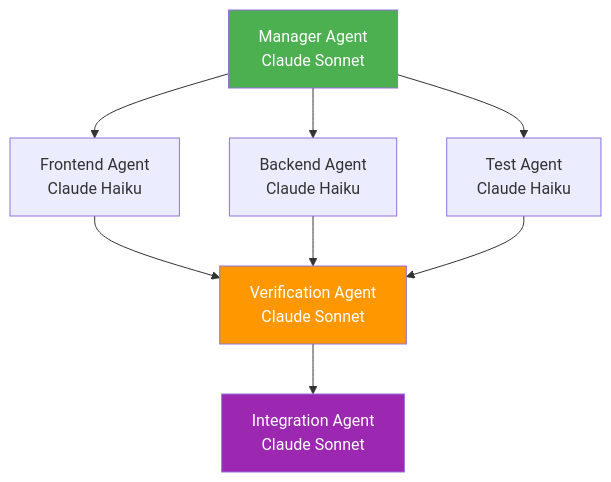
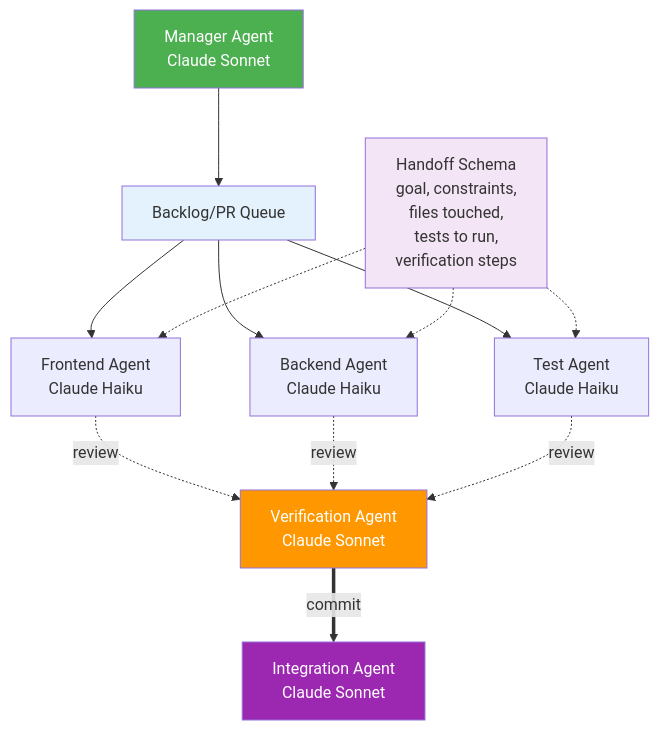
One commit to mldangelo/eairg-coding-agent-talk changed the fourth of 4 diagrams in talk.md. Above: the diagram before and after it, drawn with Mermaid. The commit also changed other lines of this file, not shown here.

````diff
--- a/talk.md
+++ b/talk.md
@@ -1053,16 +1083,24 @@
 ```mermaid
 graph TB
-    M[Manager Agent<br/>Claude Sonnet] --> W1[Frontend Agent<br/>Claude Haiku]
-    M --> W2[Backend Agent<br/>Claude Haiku]
-    M --> W3[Test Agent<br/>Claude Haiku]
+    BL[Backlog/PR Queue] --> W1[Frontend Agent<br/>Claude Haiku]
+    BL --> W2[Backend Agent<br/>Claude Haiku]
+    BL --> W3[Test Agent<br/>Claude Haiku]
 
-    W1 --> V[Verification Agent<br/>Claude Sonnet]
-    W2 --> V
-    W3 --> V
+    M[Manager Agent<br/>Claude Sonnet] --> BL
 
-    V --> I[Integration Agent<br/>Claude Sonnet]
+    W1 -.->|review| V[Verification Agent<br/>Claude Sonnet]
+    W2 -.->|review| V
+    W3 -.->|review| V
+
+    V ==>|commit| I[Integration Agent<br/>Claude Sonnet]
+
+    HS[Handoff Schema<br/>goal, constraints,<br/>files touched,<br/>tests to run,<br/>verification steps] -.-> W1
+    HS -.-> W2
+    HS -.-> W3
 
     style M fill:#4caf50,color:#fff
     style V fill:#ff9800,color:#fff
     style I fill:#9c27b0,color:#fff
+    style BL fill:#e3f2fd
+    style HS fill:#f3e5f5
 ```
````
